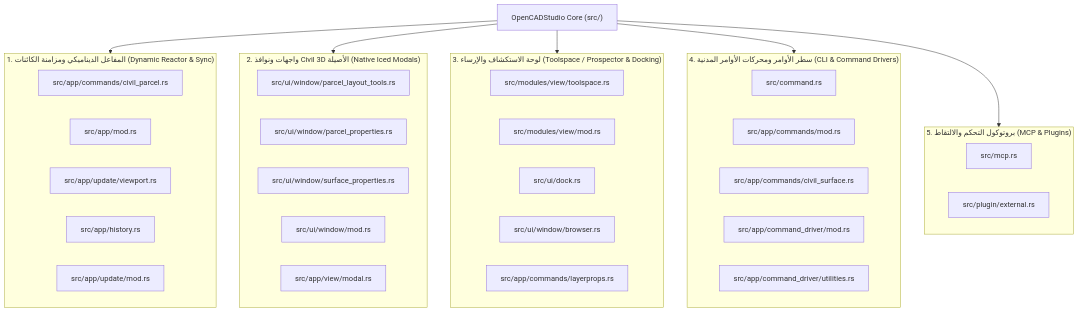
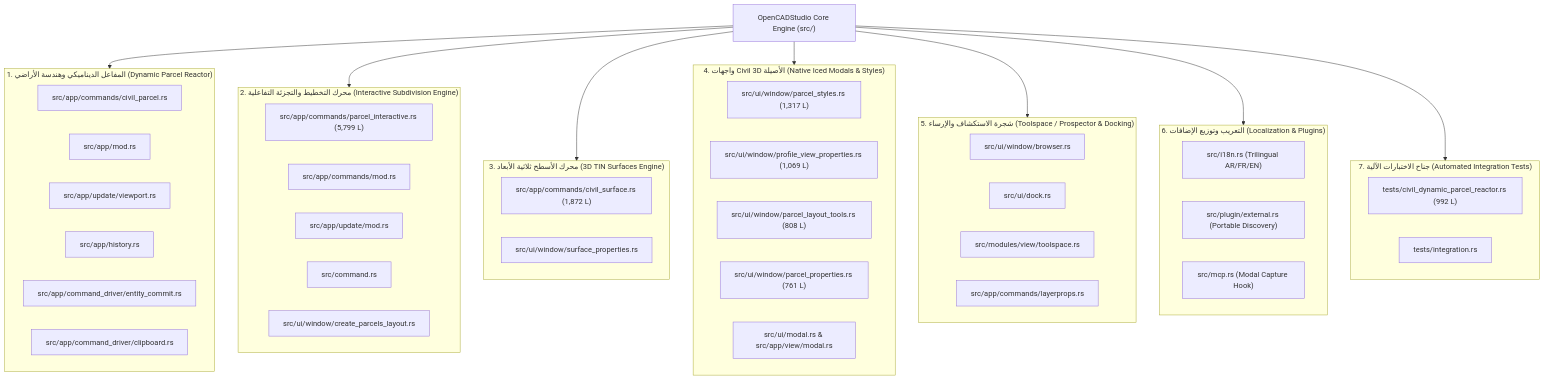
Before and after one commit to saadmooh/OpenCADStudio: the first of 2 diagrams in Civil3D_Core_Modifications/CIVIL3D_CORE_MODIFICATIONS_UNIFIED.md, drawn with Mermaid. The commit also changed other lines of this file and 1 other file, not shown here.

Commit message:
docs(civil3d): update unified core modifications documentation to reflect all 38 files and latest fixes

````diff
--- a/Civil3D_Core_Modifications/CIVIL3D_CORE_MODIFICATIONS_UNIFIED.md
+++ b/Civil3D_Core_Modifications/CIVIL3D_CORE_MODIFICATIONS_UNIFIED.md
@@ -60,47 +73,60 @@
 ```mermaid
 graph TD
-    Core["OpenCADStudio Core (src/)"]
-    
-    subgraph S1["1. المفاعل الديناميكي ومزامنة الكائنات (Dynamic Reactor & Sync)"]
+    Core["OpenCADStudio Core Engine (src/)"]
+
+    subgraph S1["1. المفاعل الديناميكي وهندسة الأراضي (Dynamic Parcel Reactor)"]
         CP["src/app/commands/civil_parcel.rs"]
         AM["src/app/mod.rs"]
         VP["src/app/update/viewport.rs"]
         HI["src/app/history.rs"]
-        UM["src/app/update/mod.rs"]
+        EC["src/app/command_driver/entity_commit.rs"]
+        CB["src/app/command_driver/clipboard.rs"]
     end
 
-    subgraph S2["2. واجهات ونوافذ Civil 3D الأصيلة (Native Iced Modals)"]
-        PLT["src/ui/window/parcel_layout_tools.rs"]
-        PP["src/ui/window/parcel_properties.rs"]
-        SP["src/ui/window/surface_properties.rs"]
-        WM["src/ui/window/mod.rs"]
-        VM["src/app/view/modal.rs"]
+    subgraph S2["2. محرك التخطيط والتجزئة التفاعلية (Interactive Subdivision Engine)"]
+        PI["src/app/commands/parcel_interactive.rs (5,799 L)"]
+        AC["src/app/commands/mod.rs"]
+        UM["src/app/update/mod.rs"]
+        CMD["src/command.rs"]
+        CPL["src/ui/window/create_parcels_layout.rs"]
     end
 
-    subgraph S3["3. لوحة الاستكشاف والإرساء (Toolspace / Prospector & Docking)"]
+    subgraph S3["3. محرك الأسطح ثلاثية الأبعاد (3D TIN Surfaces Engine)"]
+        CS["src/app/commands/civil_surface.rs (1,872 L)"]
+        SP["src/ui/window/surface_properties.rs"]
+    end
+
+    subgraph S4["4. واجهات Civil 3D الأصيلة (Native Iced Modals & Styles)"]
+        PST["src/ui/window/parcel_styles.rs (1,317 L)"]
+        PVP["src/ui/window/profile_view_properties.rs (1,069 L)"]
+        PLT["src/ui/window/parcel_layout_tools.rs (808 L)"]
+        PP["src/ui/window/parcel_properties.rs (761 L)"]
+        MD["src/ui/modal.rs & src/app/view/modal.rs"]
+    end
+
+    subgraph S5["5. شجرة الاستكشاف والإرساء (Toolspace / Prospector & Docking)"]
+        BR["src/ui/window/browser.rs"]
+        DK["src/ui/dock.rs"]
         TS["src/modules/view/toolspace.rs"]
-        MM["src/modules/view/mod.rs"]
-        DK["src/ui/dock.rs"]
-        BR["src/ui/window/browser.rs"]
         LP["src/app/commands/layerprops.rs"]
     end
 
-    subgraph S4["4. سطر الأوامر ومحركات الأوامر المدنية (CLI & Command Drivers)"]
-        CM["src/command.rs"]
-        AC["src/app/commands/mod.rs"]
-        CS["src/app/commands/civil_surface.rs"]
-        CD["src/app/command_driver/mod.rs"]
-        CU["src/app/command_driver/utilities.rs"]
+    subgraph S6["6. التعريب وتوزيع الإضافات (Localization & Plugins)"]
+        I18N["src/i18n.rs (Trilingual AR/FR/EN)"]
+        PLG["src/plugin/external.rs (Portable Discovery)"]
+        MCP["src/mcp.rs (Modal Capture Hook)"]
     end
 
-    subgraph S5["5. بروتوكول التحكم والالتقاط (MCP & Plugins)"]
-        MCP["src/mcp.rs"]
-        PLG["src/plugin/external.rs"]
+    subgraph S7["7. جناح الاختبارات الآلية (Automated Integration Tests)"]
+        TST["tests/civil_dynamic_parcel_reactor.rs (992 L)"]
+        INT["tests/integration.rs"]
     end
 
     Core --> S1
     Core --> S2
     Core --> S3
     Core --> S4
     Core --> S5
+    Core --> S6
+    Core --> S7
 ```
````
